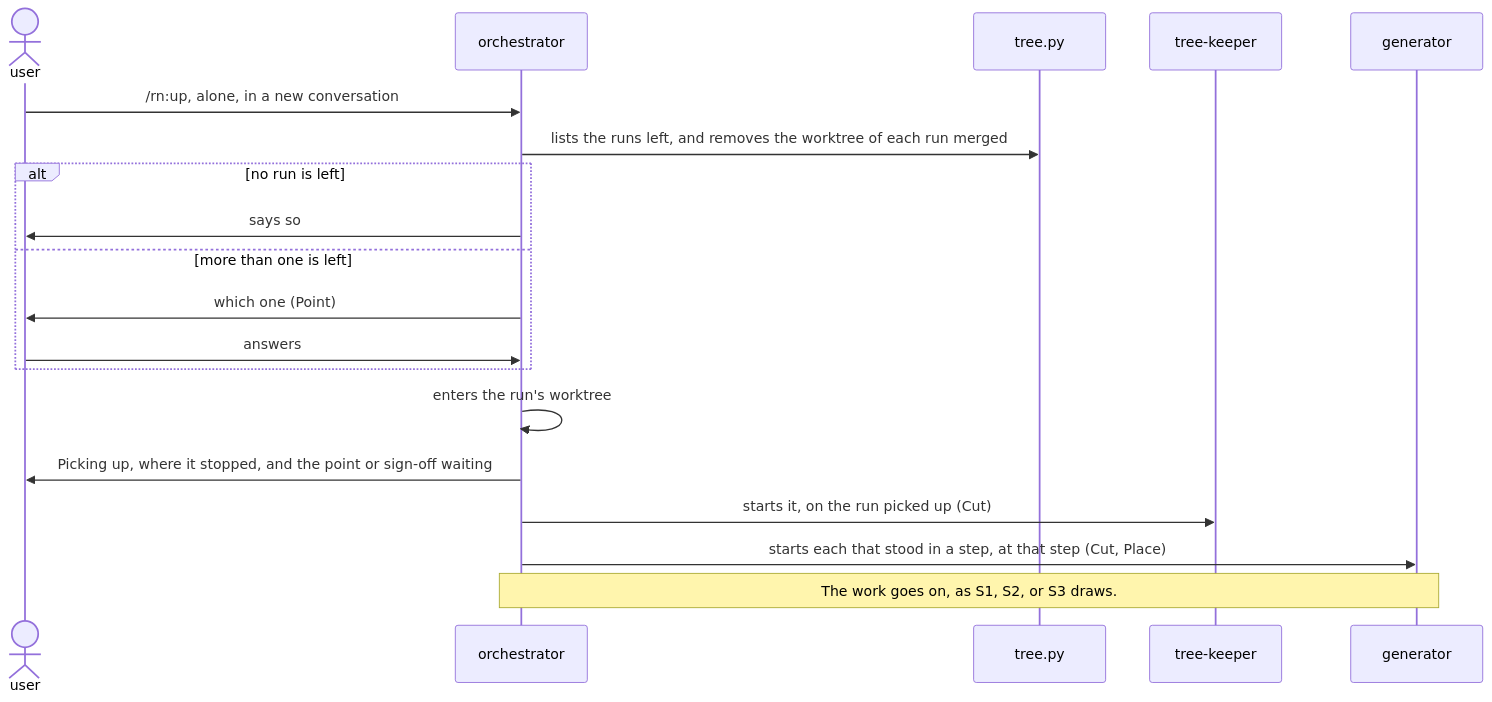
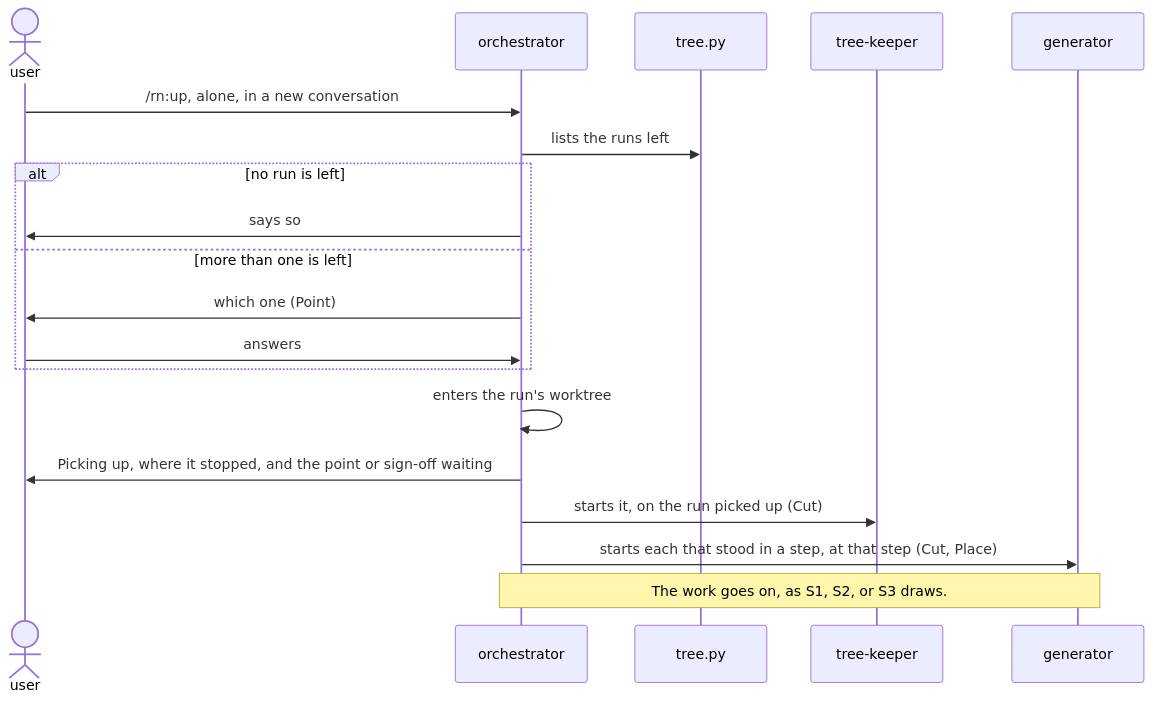
Before and after one commit to lovaizu/ccpm: the fifth of 6 diagrams in dev/rn/architecture.md, drawn with Mermaid. The commit also changed other lines of this file and 3 other files, not shown here.

First line of the commit message:
rn: the orchestrator judges how to take each remark the user makes from the purpose and the best practices, and the architecture prescribes no one way. tree.py keeps the run's worktree without the sequence naming when it goes, and a /rn:gm after Done goes on as S3 draws.

````diff
--- a/dev/rn/architecture.md
+++ b/dev/rn/architecture.md
@@ -305,21 +305,21 @@
 ```mermaid
 sequenceDiagram
   actor U as user
   participant O as orchestrator
   participant T as tree.py
   participant K as tree-keeper
   participant G as generator
   U->>O: /rn:up, alone, in a new conversation
-  O->>T: lists the runs left, and removes the worktree of each run merged
+  O->>T: lists the runs left
   alt no run is left
     O->>U: says so
   else more than one is left
     O->>U: which one (Point)
     U->>O: answers
   end
   O->>O: enters the run's worktree
   O->>U: Picking up, where it stopped, and the point or sign-off waiting
   O->>K: starts it, on the run picked up (Cut)
   O->>G: starts each that stood in a step, at that step (Cut, Place)
   Note over O,G: The work goes on, as S1, S2, or S3 draws.
 ```
````
